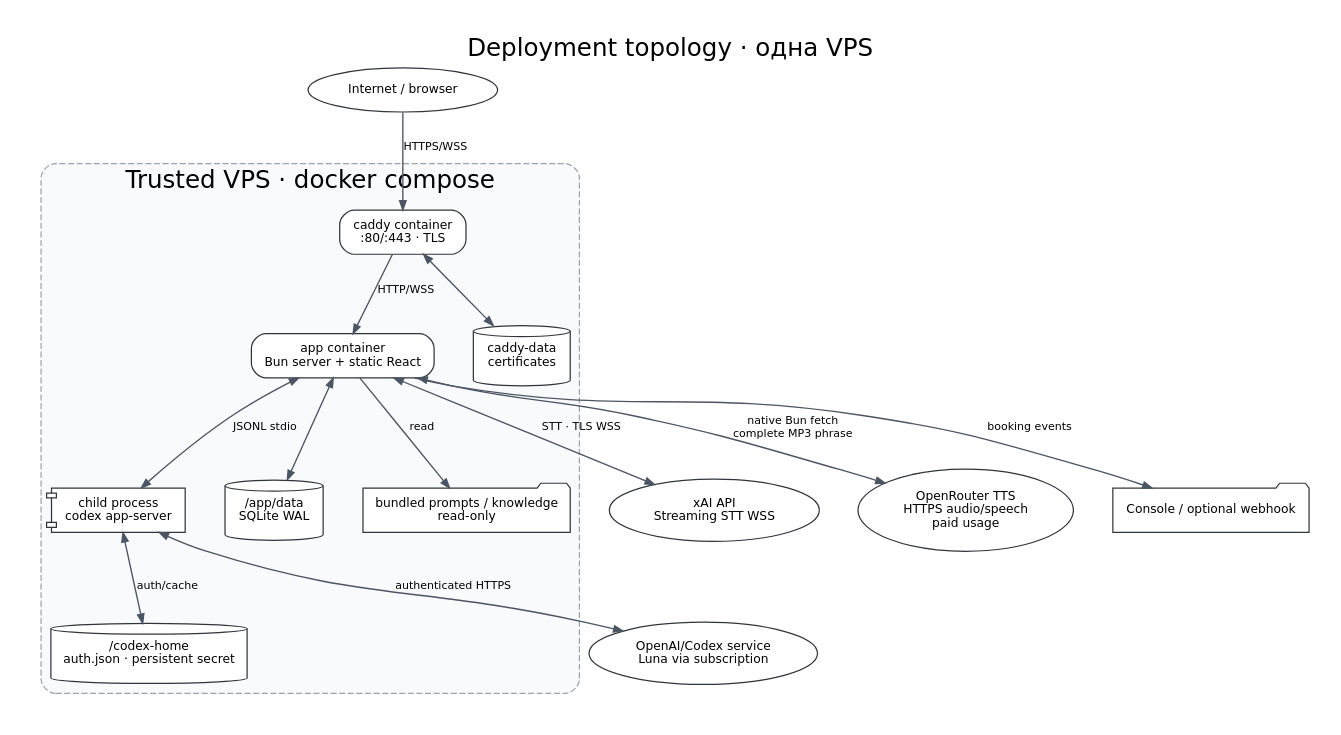
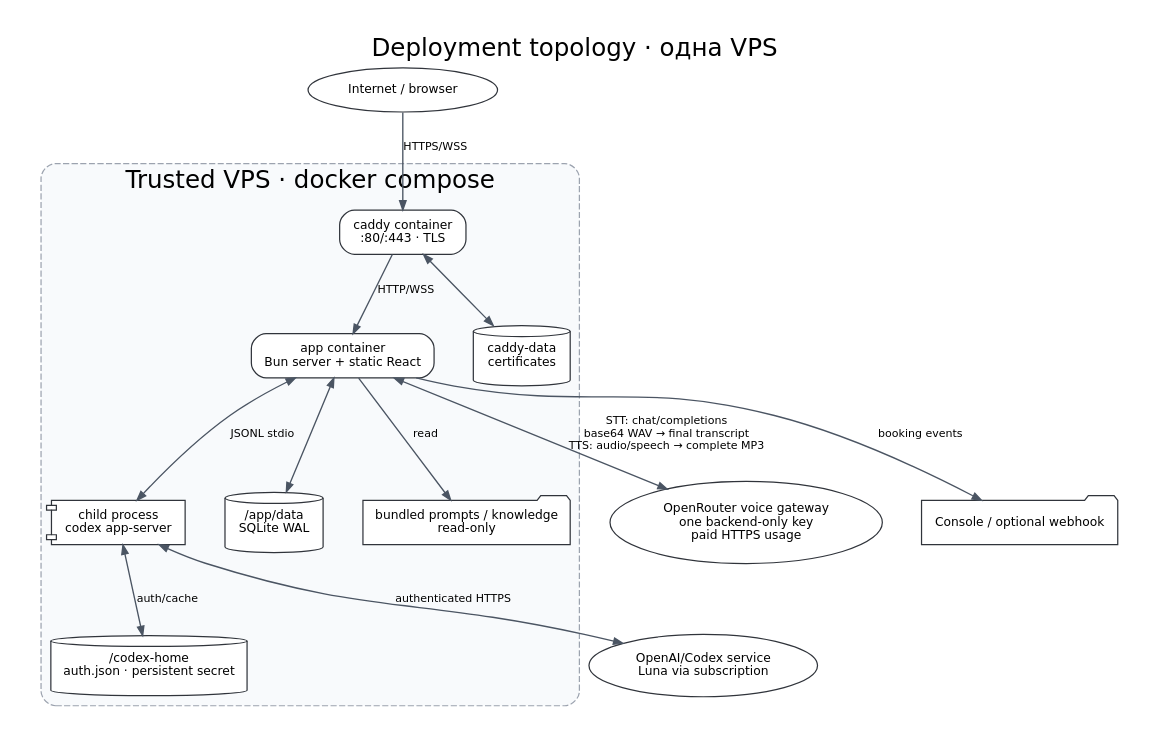
Before and after one commit to blockedby/botamin-voice: the diagram in diagrams/05-deployment.dot, drawn with Graphviz. The commit also changed 53 other files, not shown here.

First line of the commit message:
docs: make OpenRouter the only voice gateway (#8)

```diff
--- a/diagrams/05-deployment.dot
+++ b/diagrams/05-deployment.dot
@@ -1,37 +1,35 @@
 digraph G {
   graph [rankdir=TB, bgcolor="white", pad="0.25", nodesep="0.45", ranksep="0.65", fontname="DejaVu Sans", label="Deployment topology · одна VPS", labelloc=t, fontsize=20];
   node [shape=box, style="rounded,filled", fillcolor="white", color="#30343b", fontname="DejaVu Sans", fontsize=10, margin="0.16,0.10"];
   edge [color="#4b5563", penwidth=1.1, arrowsize=0.75, fontname="DejaVu Sans", fontsize=9];
 
   internet [shape=ellipse, label="Internet / browser"];
 
   subgraph cluster_vps {
     label="Trusted VPS · docker compose";
     color="#9ca3af"; style="rounded,dashed,filled"; fillcolor="#f8fafc";
     caddy [label="caddy container\n:80/:443 · TLS"];
     app [label="app container\nBun server + static React"];
     codex [shape=component, label="child process\ncodex app-server"];
     sqlite [shape=cylinder, label="/app/data\nSQLite WAL"];
     prompts [shape=folder, label="bundled prompts / knowledge\nread-only"];
     codexhome [shape=cylinder, label="/codex-home\nauth.json · persistent secret"];
     caddydata [shape=cylinder, label="caddy-data\ncertificates"];
 
     caddy -> app [label="HTTP/WSS"];
     app -> codex [dir=both, label="JSONL stdio"];
     app -> sqlite [dir=both];
     app -> prompts [label="read"];
     codex -> codexhome [dir=both, label="auth/cache"];
     caddy -> caddydata [dir=both];
   }
 
-  xai [shape=ellipse, label="xAI API\nStreaming STT WSS"];
-  openrouter [shape=ellipse, label="OpenRouter TTS\nHTTPS audio/speech\npaid usage"];
+  openrouter [shape=ellipse, label="OpenRouter voice gateway\none backend-only key\npaid HTTPS usage"];
   openai [shape=ellipse, label="OpenAI/Codex service\nLuna via subscription"];
   webhook [shape=folder, label="Console / optional webhook"];
 
   internet -> caddy [label="HTTPS/WSS"];
-  app -> xai [dir=both, label="STT · TLS WSS"];
-  app -> openrouter [dir=both, label="native Bun fetch\ncomplete MP3 phrase"];
+  app -> openrouter [dir=both, label="STT: chat/completions\nbase64 WAV → final transcript\nTTS: audio/speech → complete MP3"];
   codex -> openai [dir=both, label="authenticated HTTPS"];
   app -> webhook [label="booking events"];
 }
```
